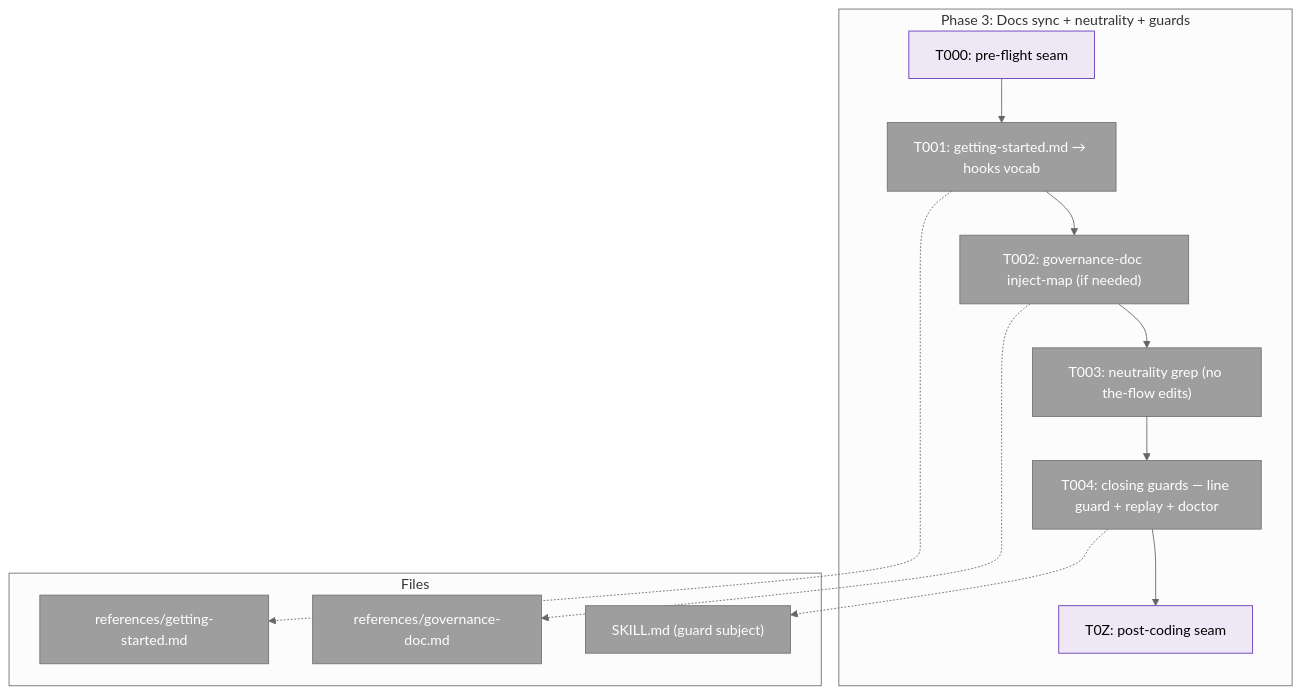
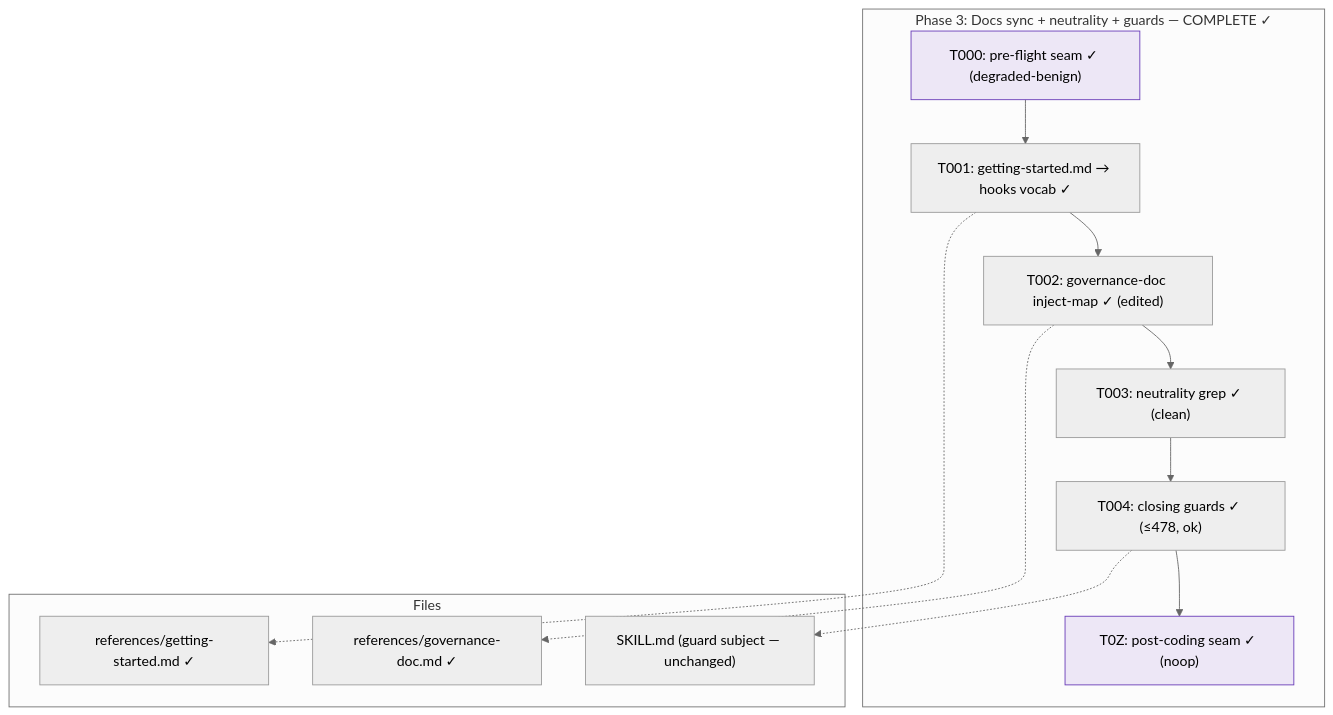
One commit to AI-Substrate/harness-engineering changed the diagram in docs/plans/021-harness-flow-hooks/tasks/phase-3-docs-sync-neutrality-guards/tasks.md. Above: the diagram before and after it, drawn with Mermaid (neutral theme). The commit also changed other lines of this file and 3 other files, not shown here.

First line of the commit message:
docs(021): Phase 3 — sync reference docs to hooks vocab + neutrality + guards

````diff
--- a/docs/plans/021-harness-flow-hooks/tasks/phase-3-docs-sync-neutrality-guards/tasks.md
+++ b/docs/plans/021-harness-flow-hooks/tasks/phase-3-docs-sync-neutrality-guards/tasks.md
@@ -45,25 +45,25 @@
 ```mermaid
 flowchart TD
     classDef pending fill:#9E9E9E,stroke:#757575,color:#fff
     classDef seam fill:#EDE7F6,stroke:#673AB7,color:#000
 
-    subgraph Phase["Phase 3: Docs sync + neutrality + guards"]
-        T000["T000: pre-flight seam"]:::seam
-        T001["T001: getting-started.md → hooks vocab"]:::pending
-        T002["T002: governance-doc inject-map (if needed)"]:::pending
-        T003["T003: neutrality grep (no the-flow edits)"]:::pending
-        T004["T004: closing guards — line guard + replay + doctor"]:::pending
-        T0Z["T0Z: post-coding seam"]:::seam
+    subgraph Phase["Phase 3: Docs sync + neutrality + guards — COMPLETE ✓"]
+        T000["T000: pre-flight seam ✓ (degraded-benign)"]:::seam
+        T001["T001: getting-started.md → hooks vocab ✓"]:::completed
+        T002["T002: governance-doc inject-map ✓ (edited)"]:::completed
+        T003["T003: neutrality grep ✓ (clean)"]:::completed
+        T004["T004: closing guards ✓ (≤478, ok)"]:::completed
+        T0Z["T0Z: post-coding seam ✓ (noop)"]:::seam
         T000 --> T001 --> T002 --> T003 --> T004 --> T0Z
     end
 
     subgraph Files["Files"]
-        F1["references/getting-started.md"]:::pending
-        F2["references/governance-doc.md"]:::pending
-        F3["SKILL.md (guard subject)"]:::pending
+        F1["references/getting-started.md ✓"]:::completed
+        F2["references/governance-doc.md ✓"]:::completed
+        F3["SKILL.md (guard subject — unchanged)"]:::completed
     end
 
     T001 -.-> F1
     T002 -.-> F2
     T004 -.-> F3
 ```
````
